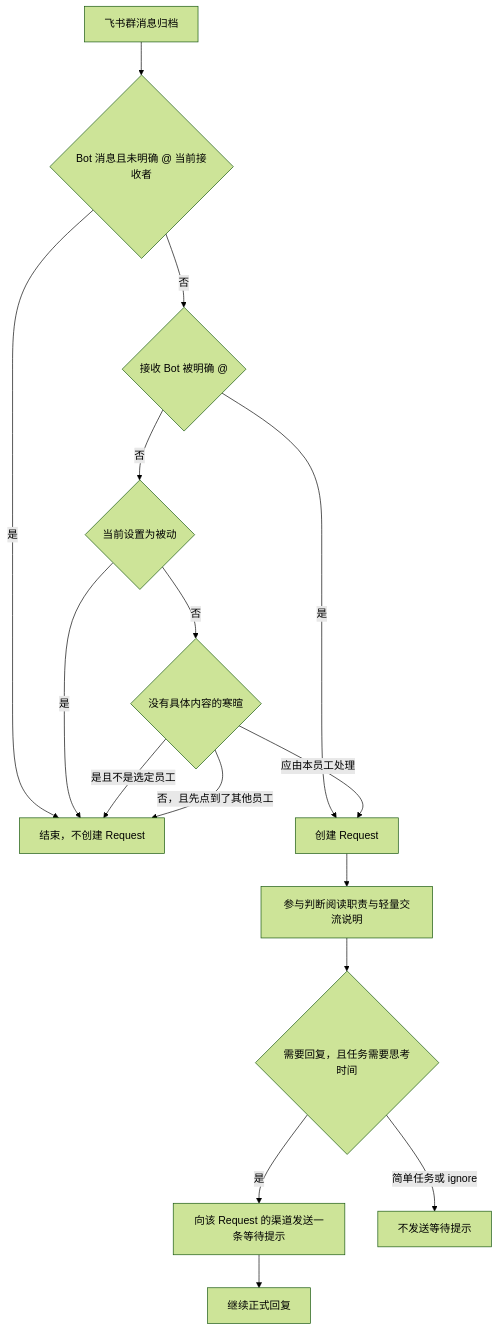
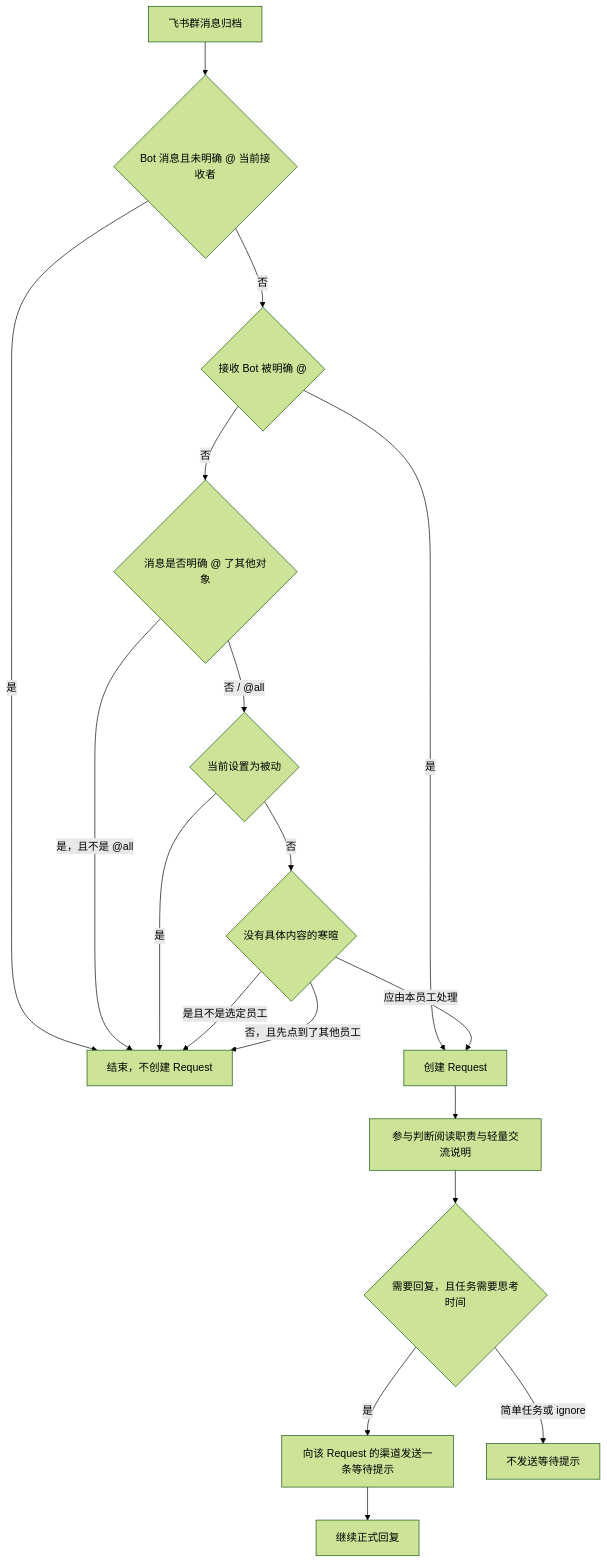
The diagram in jiuwenswarm/server/jiuwenmate/docs/features/F_23_group-reply-mode.md (openJiuwen-ai/jiuwenswarm), drawn with Mermaid (forest theme) before and after one commit. The commit also changed other lines of this file and 6 other files, not shown here.

````diff
--- a/jiuwenswarm/server/jiuwenmate/docs/features/F_23_group-reply-mode.md
+++ b/jiuwenswarm/server/jiuwenmate/docs/features/F_23_group-reply-mode.md
@@ -40,18 +40,20 @@
 ```mermaid
 flowchart TD
     A["飞书群消息归档"] --> G{"Bot 消息且未明确 @ 当前接收者"}
     G -->|是| H["结束，不创建 Request"]
     G -->|否| B{"接收 Bot 被明确 @"}
     B -->|是| R["创建 Request"]
-    B -->|否| C{"当前设置为被动"}
+    B -->|否| M{"消息是否明确 @ 了其他对象"}
+    M -->|是，且不是 @all| H
+    M -->|否 / @all| C{"当前设置为被动"}
     C -->|是| H
     C -->|否| D{"没有具体内容的寒暄"}
     D -->|是且不是选定员工| H
     D -->|否，且先点到了其他员工| H
     D -->|应由本员工处理| R
     R --> P["参与判断阅读职责与轻量交流说明"]
     P --> N{"需要回复，且任务需要思考时间"}
     N -->|是| W["向该 Request 的渠道发送一条等待提示"]
     N -->|简单任务或 ignore| S["不发送等待提示"]
     W --> E["继续正式回复"]
 ```
````
